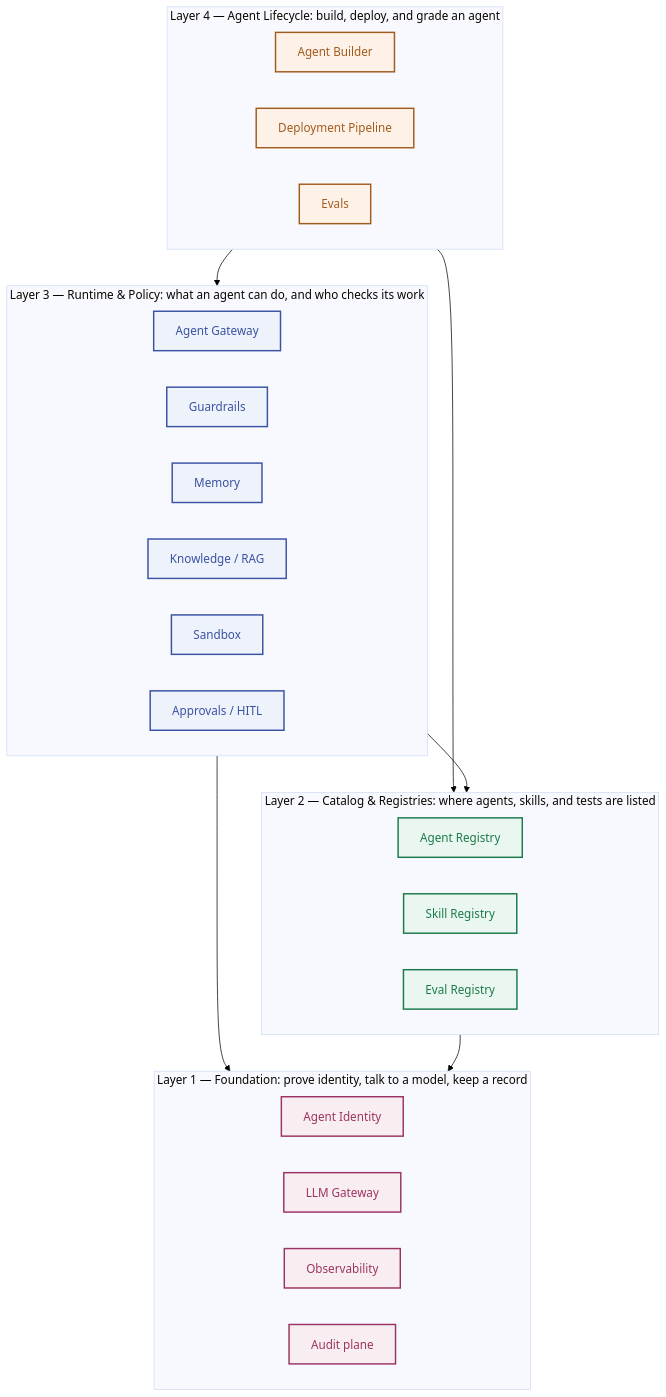
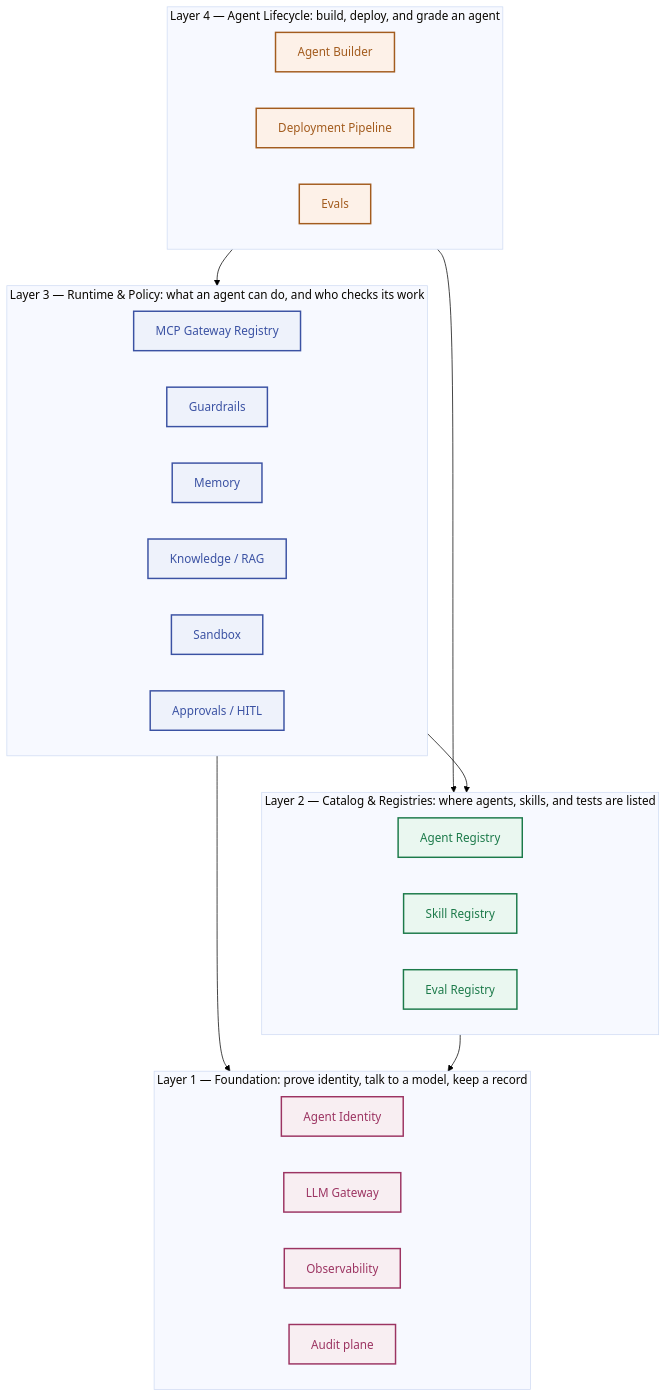
Before and after one commit to WilsonWordsofWisdom/NotGovHarness: the diagram in docs/runbooks/README.md, drawn with Mermaid. The commit also changed other lines of this file and 4 other files, not shown here.

````diff
--- a/docs/runbooks/README.md
+++ b/docs/runbooks/README.md
@@ -28,43 +28,43 @@
 ```mermaid
 %%{init: {'theme':'base', 'themeVariables': {'darkMode': false, 'background':'#ffffff'}}}%%
 graph TB
     subgraph L4["Layer 4 — Agent Lifecycle: build, deploy, and grade an agent"]
         AB["Agent Builder"]
         DP["Deployment Pipeline"]
         EV["Evals"]
     end
     subgraph L3["Layer 3 — Runtime & Policy: what an agent can do, and who checks its work"]
-        MG["Agent Gateway"]
+        MG["MCP Gateway Registry"]
         GR["Guardrails"]
         MEM["Memory"]
         RAG["Knowledge / RAG"]
         SBX["Sandbox"]
         HITL["Approvals / HITL"]
     end
     subgraph L2["Layer 2 — Catalog & Registries: where agents, skills, and tests are listed"]
         AR["Agent Registry"]
         SR["Skill Registry"]
         ER["Eval Registry"]
     end
     subgraph L1["Layer 1 — Foundation: prove identity, talk to a model, keep a record"]
         ID["Agent Identity"]
         GW["LLM Gateway"]
         OBS["Observability"]
         AUD["Audit plane"]
     end
 
     L4 --> L3
     L4 --> L2
     L3 --> L2
     L3 --> L1
     L2 --> L1
 
     classDef layer4 fill:#fdf1e8,stroke:#a35c1e,color:#a35c1e,stroke-width:2px;
     classDef layer3 fill:#eef2fb,stroke:#3b52a3,color:#3b52a3,stroke-width:2px;
     classDef layer2 fill:#eaf7f0,stroke:#1c7a4a,color:#1c7a4a,stroke-width:2px;
     classDef layer1 fill:#f8eef2,stroke:#9c3462,color:#9c3462,stroke-width:2px;
     class AB,DP,EV layer4;
     class MG,GR,MEM,RAG,SBX,HITL layer3;
     class AR,SR,ER layer2;
     class ID,GW,OBS,AUD layer1;
 ```
````
